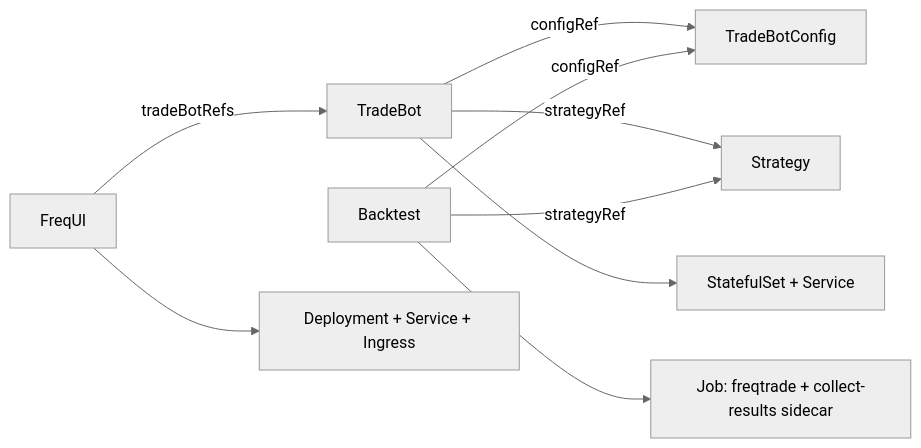
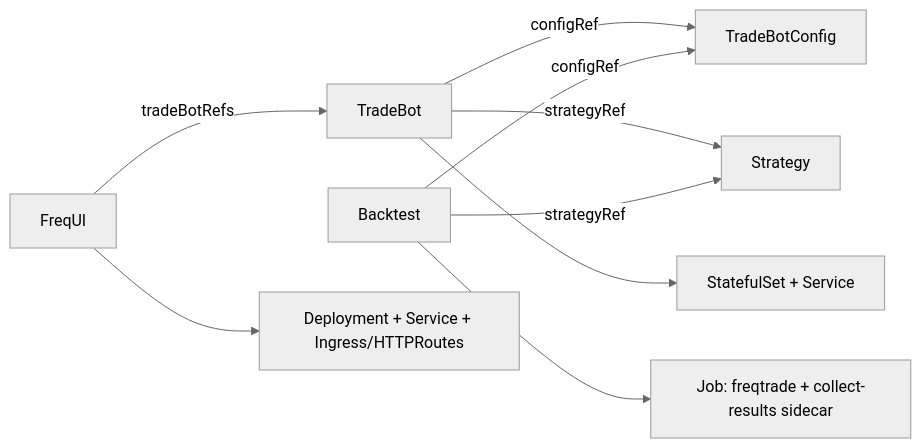
Before and after one commit to ark-sys/freqtrade-operator: the diagram in docs/architecture.md, drawn with Mermaid (neutral theme). The commit also changed other lines of this file and 5 other files, not shown here.

````diff
--- a/docs/architecture.md
+++ b/docs/architecture.md
@@ -17,12 +17,12 @@
 ```mermaid
 graph LR
     TB[TradeBot] -- configRef --> TBC[TradeBotConfig]
     TB -- strategyRef --> STRAT[Strategy]
     UI[FreqUI] -- tradeBotRefs --> TB
     BT[Backtest] -- configRef --> TBC
     BT -- strategyRef --> STRAT
 
     TB --> STS[StatefulSet + Service]
-    UI --> DEP[Deployment + Service + Ingress]
+    UI --> DEP[Deployment + Service + Ingress/HTTPRoutes]
     BT --> JOB[Job: freqtrade + collect-results sidecar]
 ```
````
